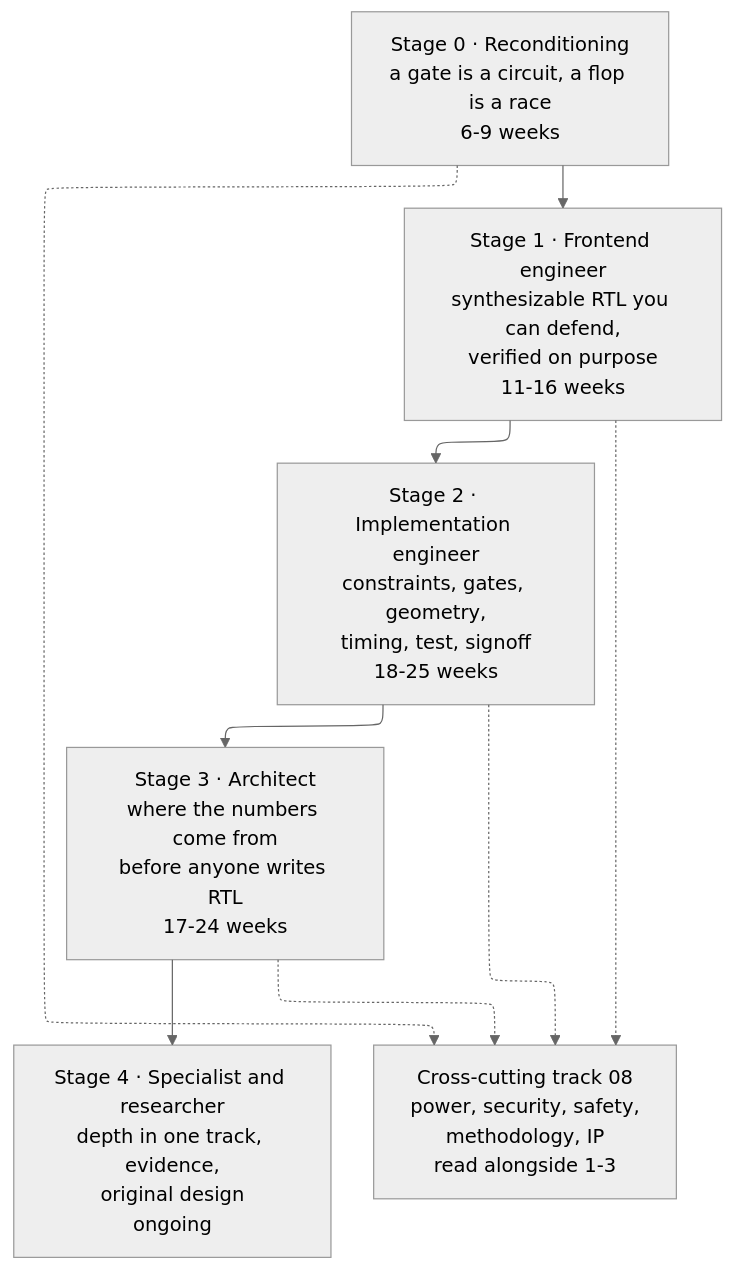
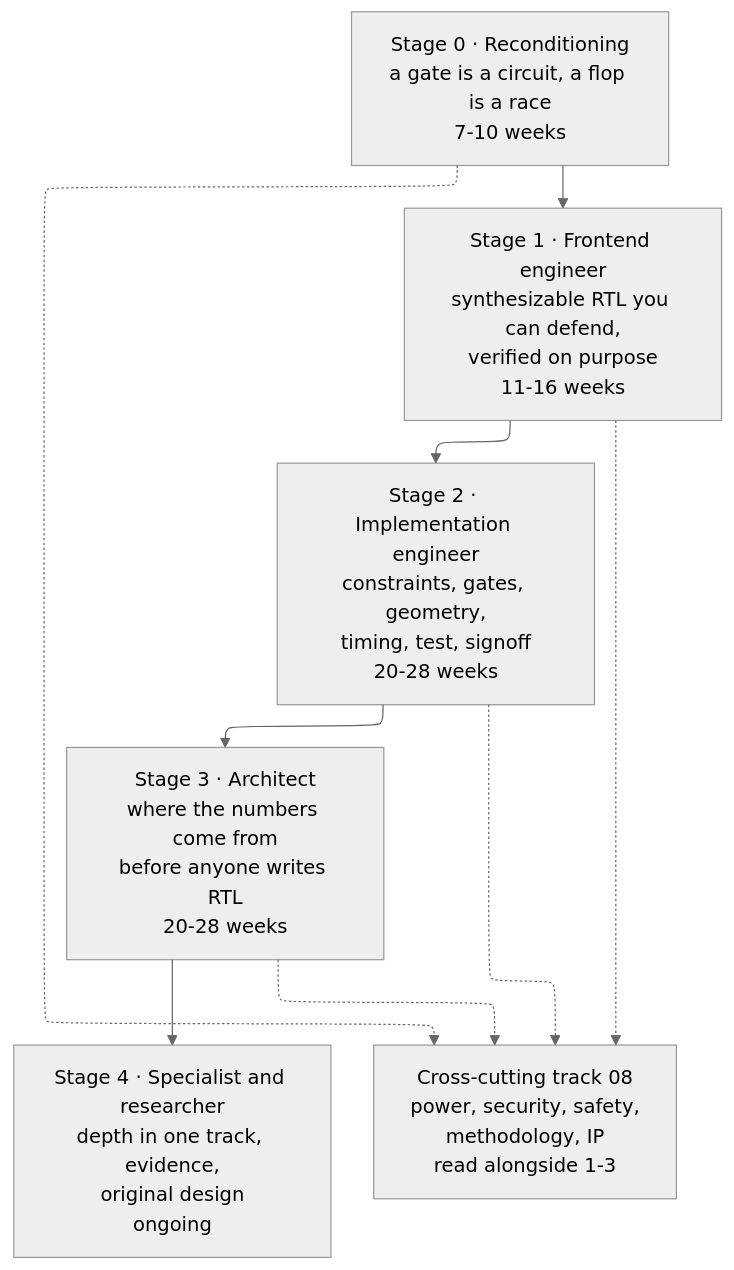
Before and after one commit to Wty2003328/silicon-design-notebook: the diagram in Start_Here_Learning_Path.md, drawn with Mermaid (neutral theme). The commit also changed other lines of this file and 13 other files, not shown here.

````diff
--- a/Start_Here_Learning_Path.md
+++ b/Start_Here_Learning_Path.md
@@ -40,15 +40,15 @@
 ```mermaid
 %%{init: {"flowchart": {"defaultRenderer": "elk", "nodeSpacing": 55, "rankSpacing": 60, "htmlLabels": false}}}%%
 flowchart TD
-    S0["Stage 0 · Reconditioning<br/>a gate is a circuit, a flop is a race<br/>6-9 weeks"]
+    S0["Stage 0 · Reconditioning<br/>a gate is a circuit, a flop is a race<br/>7-10 weeks"]
     S1["Stage 1 · Frontend engineer<br/>synthesizable RTL you can defend,<br/>verified on purpose<br/>11-16 weeks"]
-    S2["Stage 2 · Implementation engineer<br/>constraints, gates, geometry,<br/>timing, test, signoff<br/>18-25 weeks"]
-    S3["Stage 3 · Architect<br/>where the numbers come from<br/>before anyone writes RTL<br/>17-24 weeks"]
+    S2["Stage 2 · Implementation engineer<br/>constraints, gates, geometry,<br/>timing, test, signoff<br/>20-28 weeks"]
+    S3["Stage 3 · Architect<br/>where the numbers come from<br/>before anyone writes RTL<br/>20-28 weeks"]
     S4["Stage 4 · Specialist and researcher<br/>depth in one track, evidence,<br/>original design<br/>ongoing"]
     X["Cross-cutting track 08<br/>power, security, safety,<br/>methodology, IP<br/>read alongside 1-3"]
     S0 --> S1 --> S2 --> S3 --> S4
     S0 -.-> X
     S1 -.-> X
     S2 -.-> X
     S3 -.-> X
 ```
````
